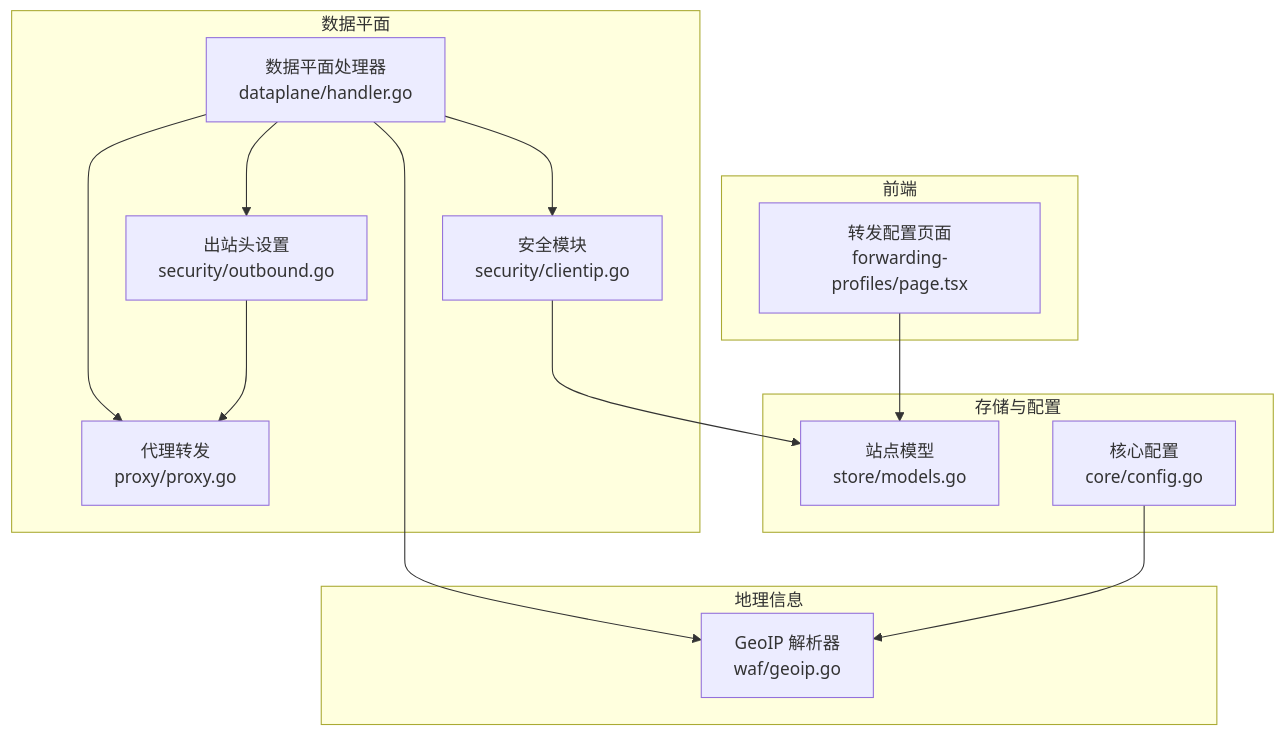
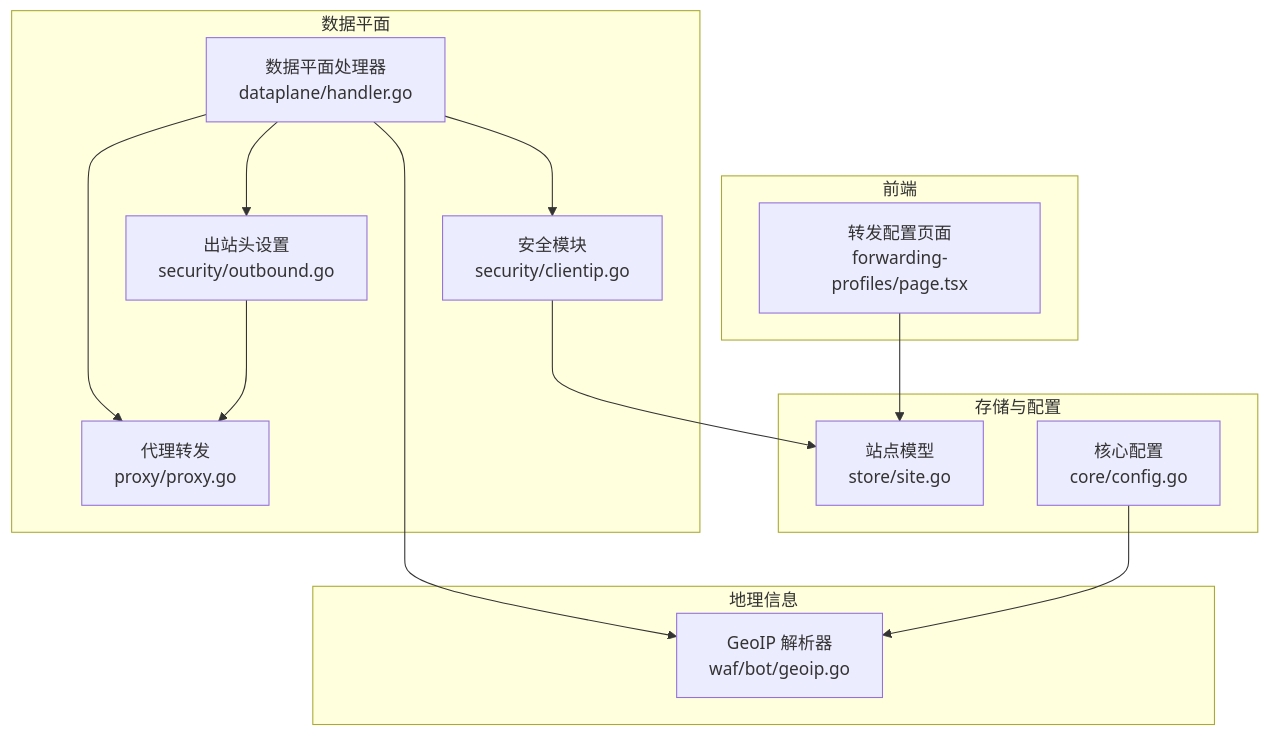
Before and after one commit to x01n/My-OpenWaf: the first of 6 diagrams in docs/安全机制/客户端 IP 获取.md, drawn with Mermaid. The commit also changed other lines of this file and 199 other files, not shown here.

````diff
--- a/docs/安全机制/客户端 IP 获取.md
+++ b/docs/安全机制/客户端 IP 获取.md
@@ -43,27 +44,27 @@
 ```mermaid
 graph TB
 subgraph "前端"
 FE["转发配置页面<br/>forwarding-profiles/page.tsx"]
 end
 subgraph "数据平面"
 DP["数据平面处理器<br/>dataplane/handler.go"]
 SEC["安全模块<br/>security/clientip.go"]
 OUT["出站头设置<br/>security/outbound.go"]
 PRX["代理转发<br/>proxy/proxy.go"]
 end
 subgraph "存储与配置"
-ST["站点模型<br/>store/models.go"]
+ST["站点模型<br/>store/site.go"]
 CFG["核心配置<br/>core/config.go"]
 end
 subgraph "地理信息"
-GEO["GeoIP 解析器<br/>waf/geoip.go"]
+GEO["GeoIP 解析器<br/>waf/bot/geoip.go"]
 end
 FE --> ST
 DP --> SEC
 DP --> OUT
 DP --> PRX
 SEC --> ST
 OUT --> PRX
 DP --> GEO
 CFG --> GEO
 ```
````
